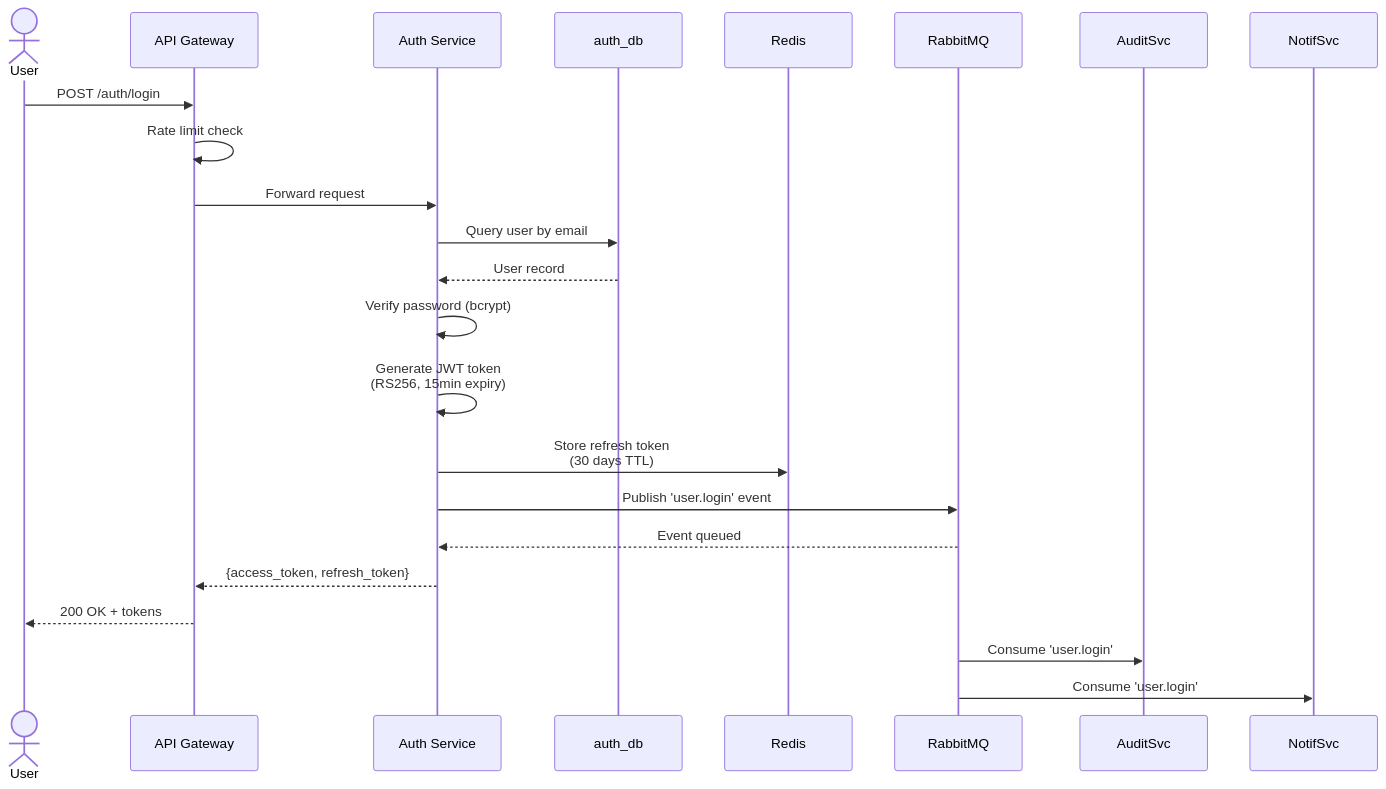
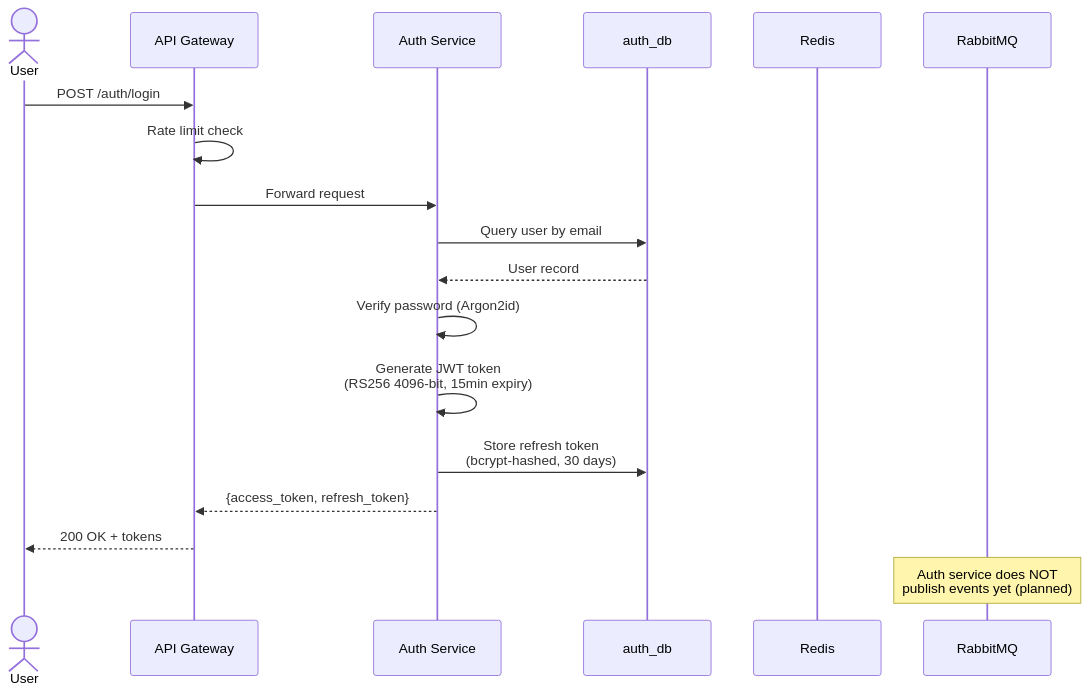
Before and after one commit to abh1hi/ophilliaHRMS: the third of 12 diagrams in SYSTEM_DESIGN_DOCUMENT.md, drawn with Mermaid. The commit also changed other lines of this file and 2 other files, not shown here.

````diff
--- a/SYSTEM_DESIGN_DOCUMENT.md
+++ b/SYSTEM_DESIGN_DOCUMENT.md
@@ -384,29 +388,25 @@
 ```mermaid
 sequenceDiagram
     actor User
     participant Gateway as API Gateway
     participant AuthSvc as Auth Service
     participant AuthDB as auth_db
     participant Redis as Redis
     participant RMQ as RabbitMQ
 
     User->>Gateway: POST /auth/login
     Gateway->>Gateway: Rate limit check
     Gateway->>AuthSvc: Forward request
 
     AuthSvc->>AuthDB: Query user by email
     AuthDB-->>AuthSvc: User record
 
-    AuthSvc->>AuthSvc: Verify password (bcrypt)
-    AuthSvc->>AuthSvc: Generate JWT token<br/>(RS256, 15min expiry)
-    AuthSvc->>Redis: Store refresh token<br/>(30 days TTL)
-
-    AuthSvc->>RMQ: Publish 'user.login' event
-    RMQ-->>AuthSvc: Event queued
+    AuthSvc->>AuthSvc: Verify password (Argon2id)
+    AuthSvc->>AuthSvc: Generate JWT token<br/>(RS256 4096-bit, 15min expiry)
+    AuthSvc->>AuthDB: Store refresh token<br/>(bcrypt-hashed, 30 days)
 
     AuthSvc-->>Gateway: {access_token, refresh_token}
     Gateway-->>User: 200 OK + tokens
 
-    RMQ->>AuditSvc: Consume 'user.login'
-    RMQ->>NotifSvc: Consume 'user.login'
+    Note over RMQ: Auth service does NOT<br/>publish events yet (planned)
 ```
````
